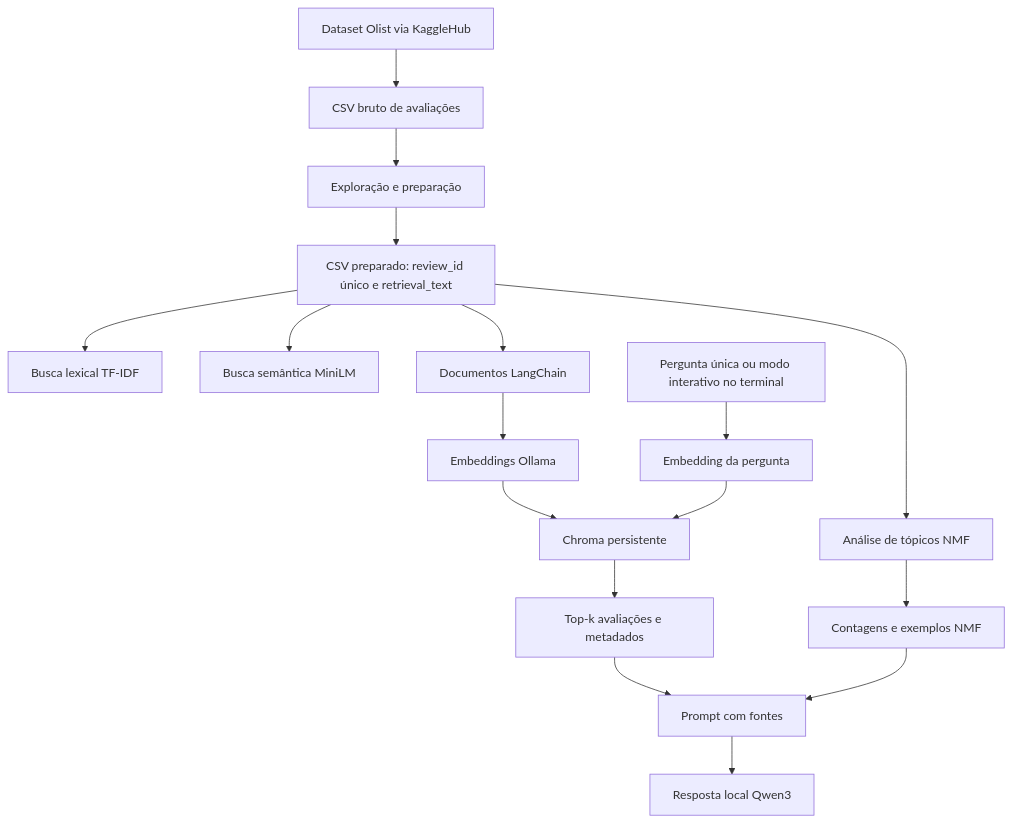
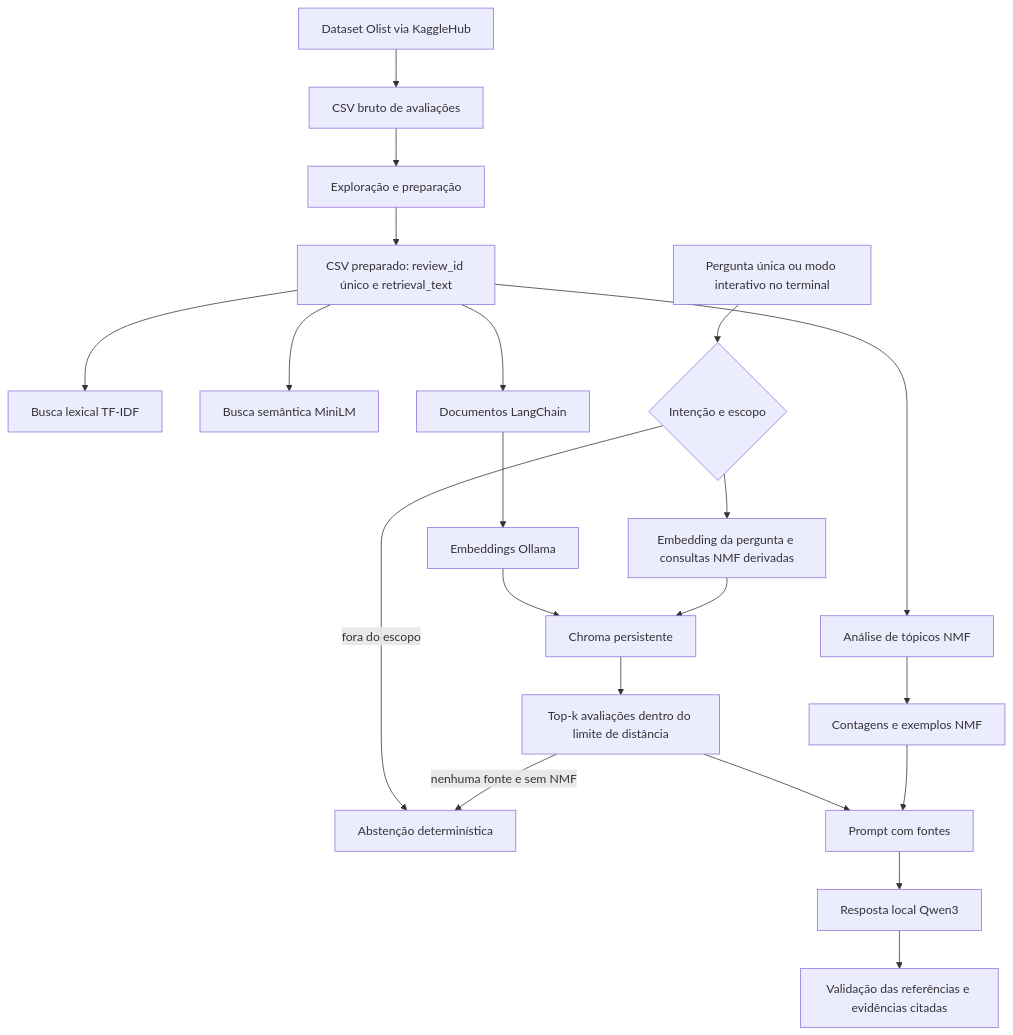
Before and after one commit to AnaCarol21/fiap-tech-challenge-fase-4: the diagram in README.md, drawn with Mermaid. The commit also changed other lines of this file, not shown here.

````diff
--- a/README.md
+++ b/README.md
@@ -17,19 +17,23 @@
 ```mermaid
 flowchart TD
     A[Dataset Olist via KaggleHub] --> B[CSV bruto de avaliações]
     B --> C[Exploração e preparação]
     C --> D[CSV preparado: review_id único e retrieval_text]
     D --> E[Busca lexical TF-IDF]
     D --> F[Busca semântica MiniLM]
     D --> G[Análise de tópicos NMF]
     D --> H[Documentos LangChain]
     H --> I[Embeddings Ollama]
     I --> J[Chroma persistente]
-    K[Pergunta única ou modo interativo no terminal] --> L[Embedding da pergunta]
+    K[Pergunta única ou modo interativo no terminal] --> S{Intenção e escopo}
+    S -->|fora do escopo| X[Abstenção determinística]
+    S --> L[Embedding da pergunta e consultas NMF derivadas]
     L --> J
-    J --> M[Top-k avaliações e metadados]
+    J --> M[Top-k avaliações dentro do limite de distância]
+    M -->|nenhuma fonte e sem NMF| X
     G --> N[Contagens e exemplos NMF]
     M --> O[Prompt com fontes]
     N --> O
     O --> P[Resposta local Qwen3]
+    P --> V[Validação das referências e evidências citadas]
 ```
````
